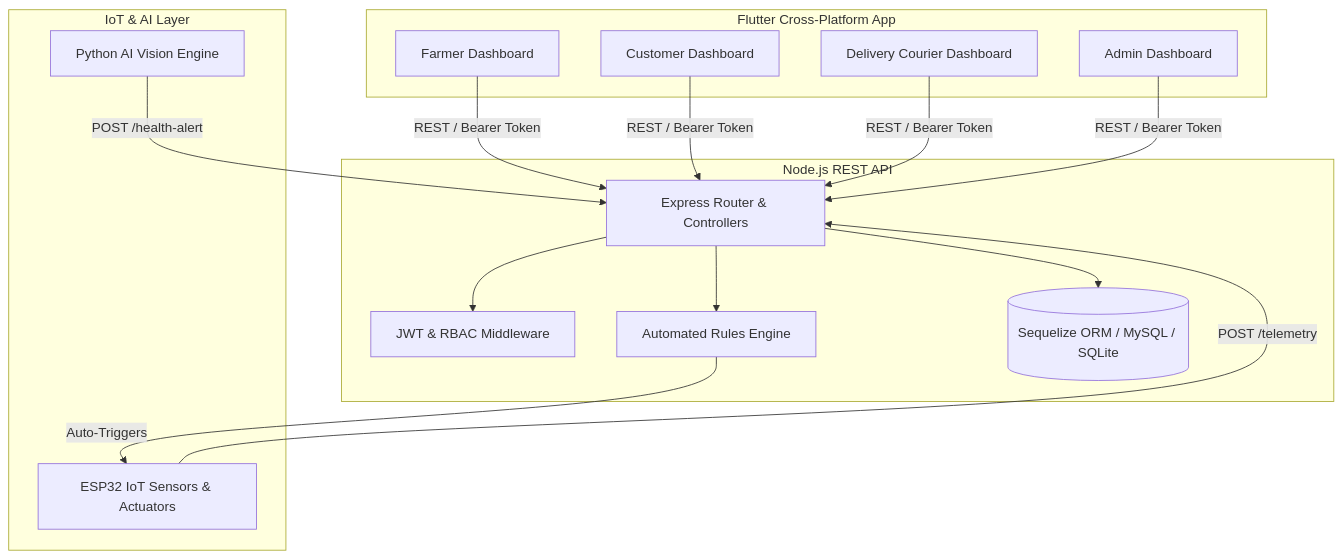
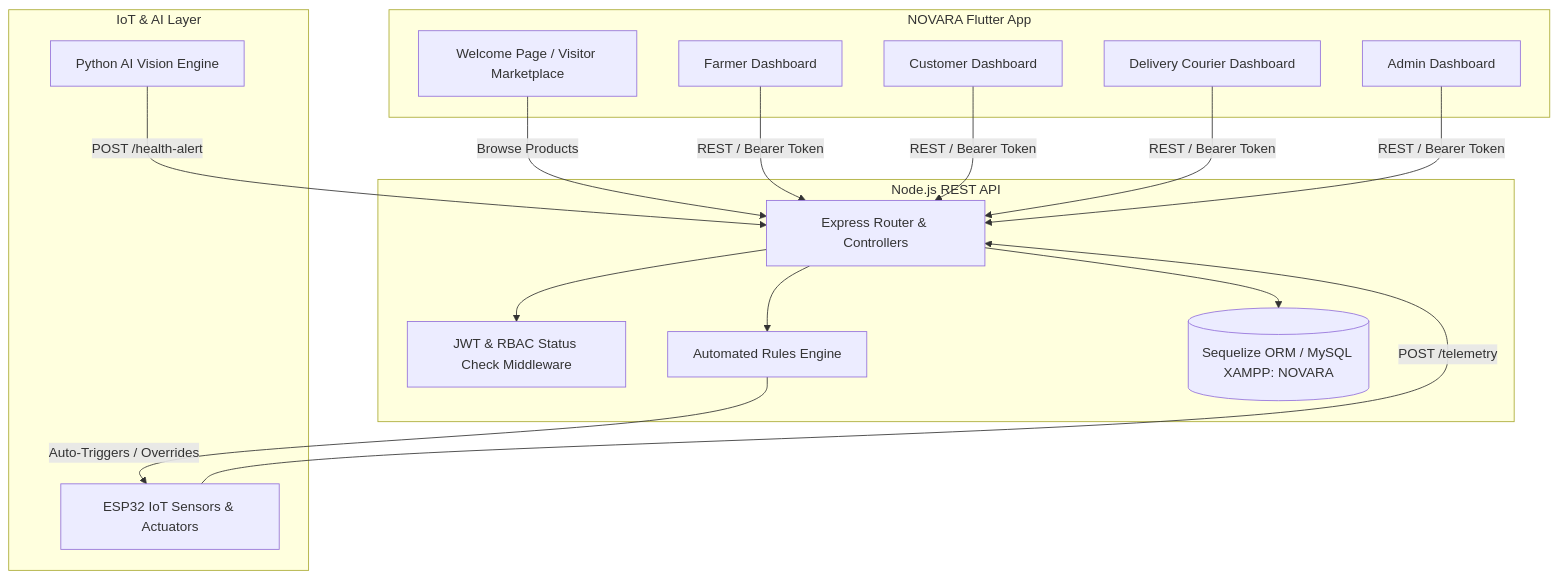
Before and after one commit to daliatchoutan/MY-PROJECT: the diagram in Smart_Poultry_Farm_Full_System_Documentation.md, drawn with Mermaid. The commit also changed other lines of this file and 29 other files, not shown here.

````diff
--- a/Smart_Poultry_Farm_Full_System_Documentation.md
+++ b/Smart_Poultry_Farm_Full_System_Documentation.md
@@ -16,34 +16,36 @@
 ```mermaid
 graph TD
-    subgraph Client Layer [Flutter Cross-Platform App]
+    subgraph Client Layer [NOVARA Flutter App]
+        WP[Welcome Page / Visitor Marketplace]
         FD[Farmer Dashboard]
         CD[Customer Dashboard]
         DD[Delivery Courier Dashboard]
         AD[Admin Dashboard]
     end
 
     subgraph Backend Layer [Node.js REST API]
         API[Express Router & Controllers]
-        AUTH[JWT & RBAC Middleware]
+        AUTH[JWT & RBAC Status Check Middleware]
         RULE[Automated Rules Engine]
-        DB[(Sequelize ORM / MySQL / SQLite)]
+        DB[(Sequelize ORM / MySQL XAMPP: NOVARA)]
     end
 
     subgraph IoT & AI Layer
         ESP[ESP32 IoT Sensors & Actuators]
         CV[Python AI Vision Engine]
     end
 
+    WP -->|Browse Products| API
     FD -->|REST / Bearer Token| API
     CD -->|REST / Bearer Token| API
     DD -->|REST / Bearer Token| API
     AD -->|REST / Bearer Token| API
 
     ESP -->|POST /telemetry| API
     CV -->|POST /health-alert| API
 
     API --> AUTH
     API --> RULE
     API --> DB
-    RULE -->|Auto-Triggers| ESP
+    RULE -->|Auto-Triggers / Overrides| ESP
 ```
````
